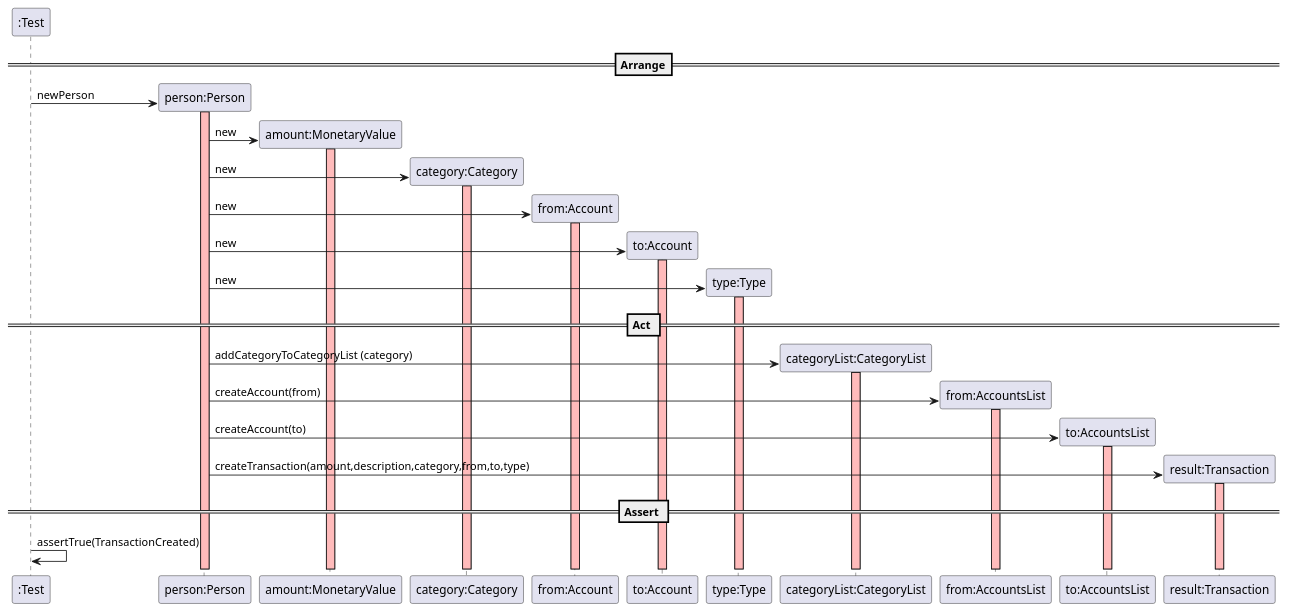
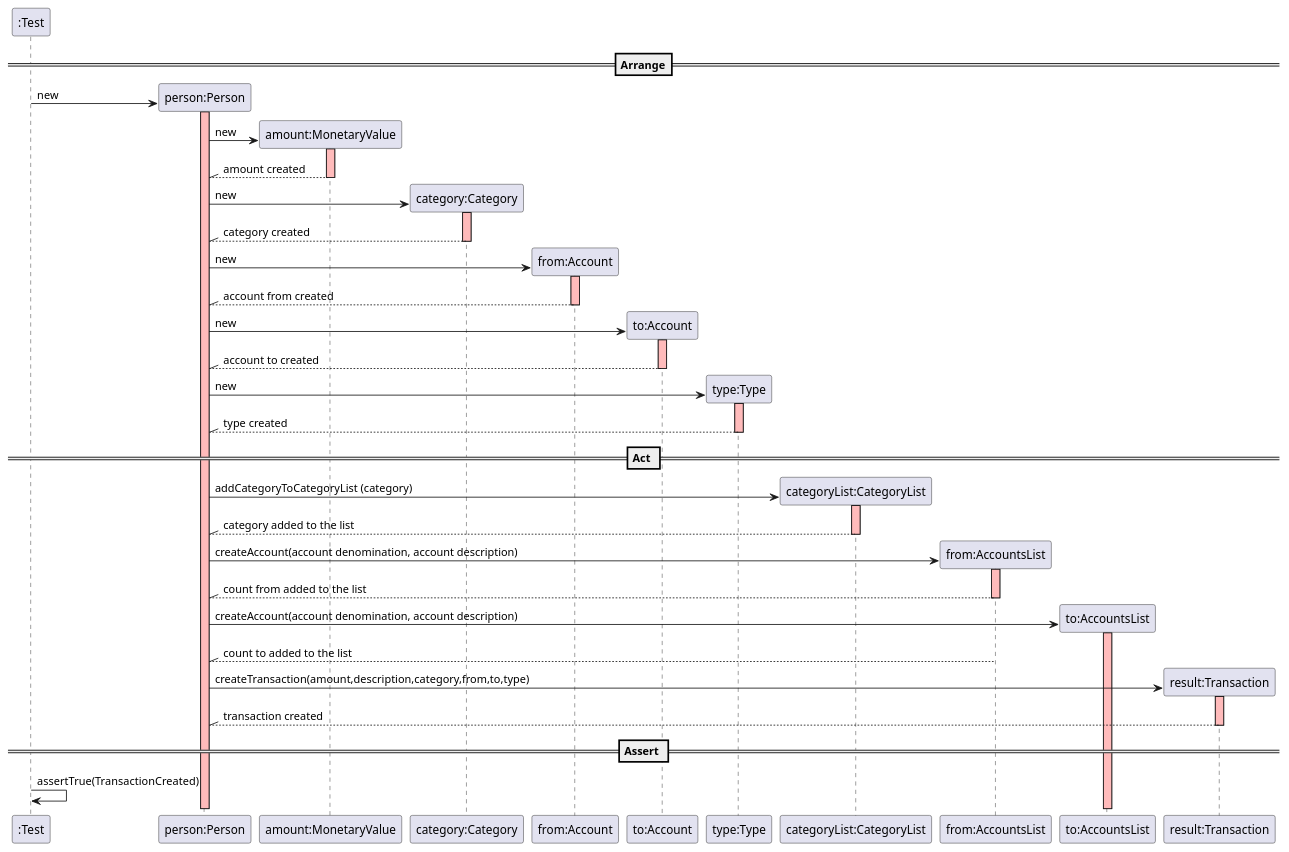
Before and after one commit to mleitaoribeiro/DevOpsMaven: the diagram in docs/SequenceDiagram - UserStory8.puml, drawn with PlantUML.

```diff
--- a/docs/SequenceDiagram - UserStory8.puml
+++ b/docs/SequenceDiagram - UserStory8.puml
@@ -1,55 +1,74 @@
 @startuml
 create ":Test"
 
 ==Arrange==
 
 create "person:Person"
-":Test" -> "person:Person" : newPerson
+":Test" -> "person:Person" : new
 activate "person:Person" #FFBBBB
 
 
 create "amount:MonetaryValue"
 "person:Person" -> "amount:MonetaryValue" : new
 activate "amount:MonetaryValue"  #FFBBBB
+"person:Person" //-- "amount:MonetaryValue" : amount created
+deactivate "amount:MonetaryValue" #FFBBBB
+
 
 create "category:Category"
 "person:Person" -> "category:Category" : new
 activate "category:Category"  #FFBBBB
+"person:Person" //-- "category:Category" : category created
+deactivate "category:Category" #FFBBBB
 
 create "from:Account"
 "person:Person" -> "from:Account" : new
 activate "from:Account"  #FFBBBB
+"person:Person" //-- "from:Account" : account from created
+deactivate "from:Account" #FFBBBB
 
 create "to:Account"
 "person:Person" -> "to:Account" : new
 activate "to:Account"  #FFBBBB
+"person:Person" //-- "to:Account" : account to created
+deactivate "to:Account" #FFBBBB
 
 create "type:Type"
 "person:Person" -> "type:Type" : new
 activate "type:Type"  #FFBBBB
+"person:Person" //-- "type:Type" : type created
+deactivate "type:Type" #FFBBBB
 
 
 == Act ==
 
 create "categoryList:CategoryList"
 "person:Person" -> "categoryList:CategoryList" : addCategoryToCategoryList (category)
 activate "categoryList:CategoryList"  #FFBBBB
+"person:Person" //-- "categoryList:CategoryList" : category added to the list
+deactivate "categoryList:CategoryList" #FFBBBB
 
 create "from:AccountsList"
-"person:Person" -> "from:AccountsList" : createAccount(from)
+"person:Person" -> "from:AccountsList" : createAccount(account denomination, account description)
 activate "from:AccountsList"  #FFBBBB
+"person:Person" //-- "from:AccountsList" : count from added to the list
+deactivate "from:AccountsList" #FFBBBB
 
 create "to:AccountsList"
-"person:Person" -> "to:AccountsList" : createAccount(to)
+"person:Person" -> "to:AccountsList" : createAccount(account denomination, account description)
 activate "to:AccountsList"  #FFBBBB
+"person:Person" //-- "from:AccountsList" : count to added to the list
+deactivate "from:AccountsList" #FFBBBB
 
 create "result:Transaction"
 "person:Person" -> "result:Transaction" : createTransaction(amount,description,category,from,to,type)
 activate "result:Transaction"  #FFBBBB
+"person:Person" //-- "result:Transaction"  : transaction created
+deactivate "result:Transaction" #FFBBBB
 
 
 == Assert ==
 
 ":Test" -> ":Test" : assertTrue(TransactionCreated)
 
 @enduml
```
